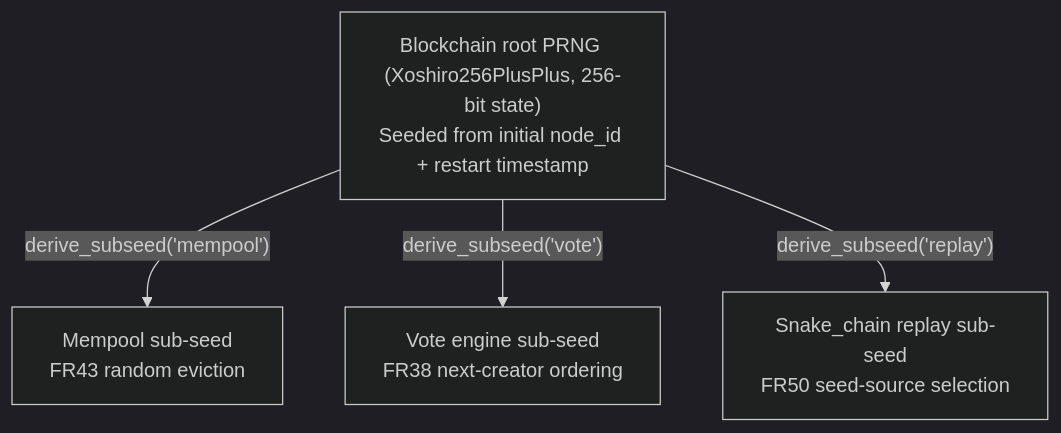
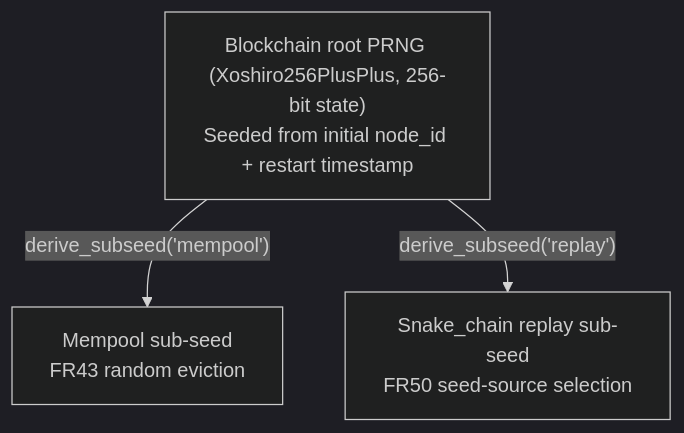
One commit to petersallai/moonblokz-info changed the second of 3 diagrams in moonblokz-blockchain-architecture.md. Above: the diagram before and after it, drawn with Mermaid (dark theme). The commit also changed other lines of this file and 15 other files, not shown here.

````diff
--- a/moonblokz-blockchain-architecture.md
+++ b/moonblokz-blockchain-architecture.md
@@ -180,11 +180,9 @@
 ```mermaid
 graph TB
     Root["Blockchain root PRNG (Xoshiro256PlusPlus, 256-bit state)<br/>Seeded from initial node_id + restart timestamp"]
     Mempool["Mempool sub-seed<br/>FR43 random eviction"]
-    Vote["Vote engine sub-seed<br/>FR38 next-creator ordering"]
     Replay["Snake_chain replay sub-seed<br/>FR50 seed-source selection"]
 
     Root -->|"derive_subseed('mempool')"| Mempool
-    Root -->|"derive_subseed('vote')"| Vote
     Root -->|"derive_subseed('replay')"| Replay
 ```
````
